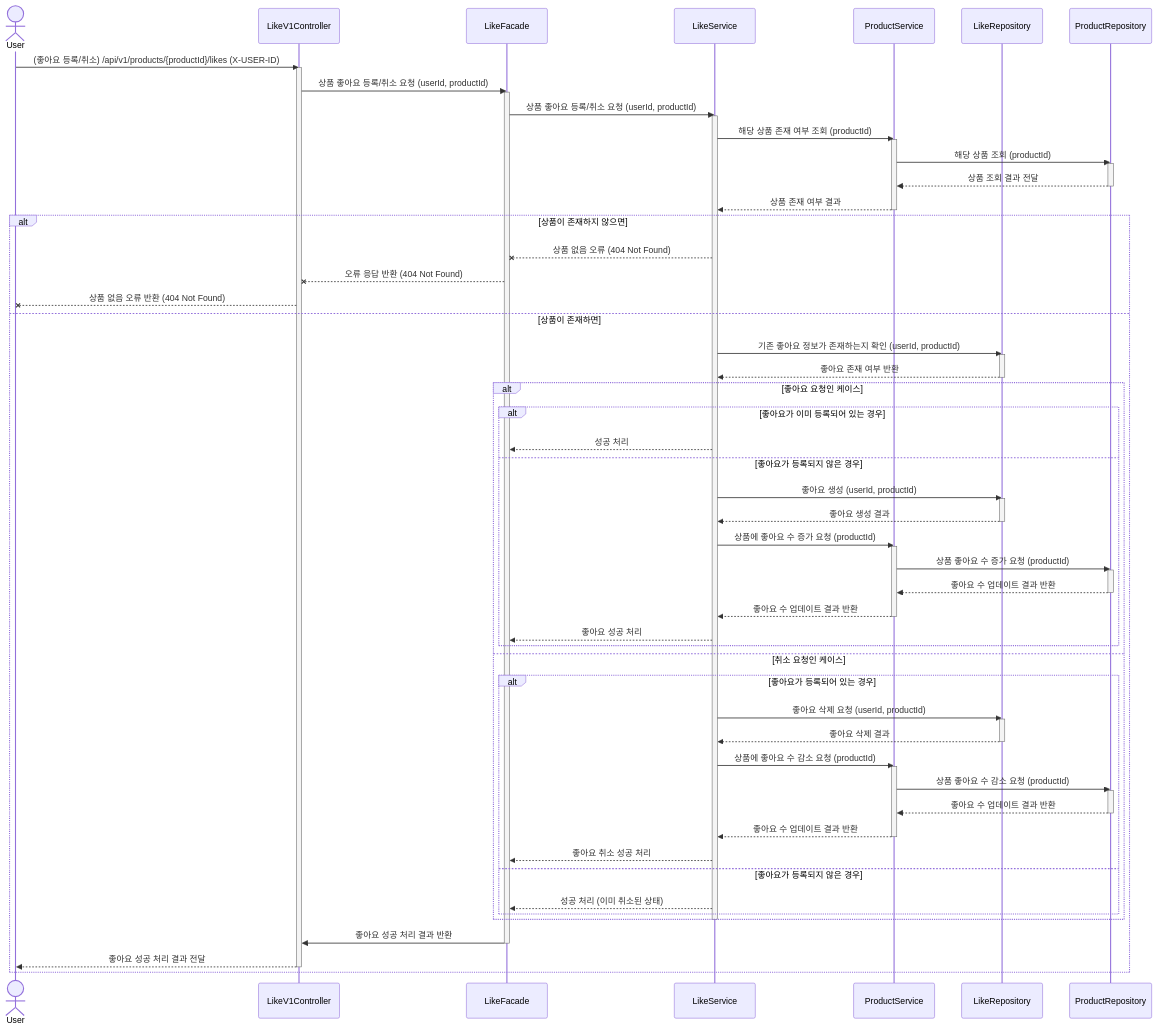
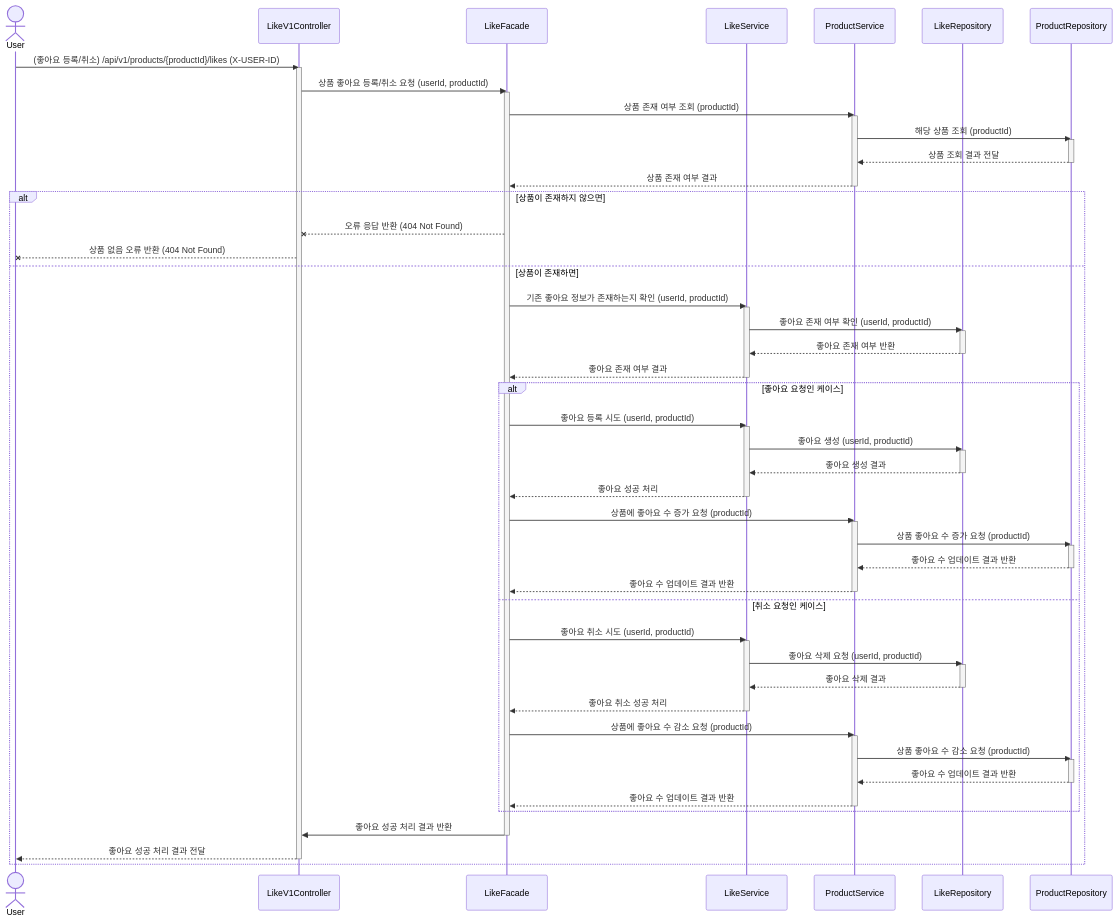
Before and after one commit to maiorem/e-commerce: the first of 3 diagrams in docs/design/02-sequence-diagrams.md, drawn with Mermaid. The commit also changed other lines of this file, not shown here.

````diff
--- a/docs/design/02-sequence-diagrams.md
+++ b/docs/design/02-sequence-diagrams.md
@@ -7,79 +7,76 @@
 ```mermaid
 sequenceDiagram
     actor User
     participant LikeV1Controller
     participant LikeFacade
     participant LikeService
     participant ProductService
     participant LikeRepository
     participant ProductRepository
 
     User->>LikeV1Controller: (좋아요 등록/취소) /api/v1/products/{productId}/likes (X-USER-ID)
     activate LikeV1Controller
     LikeV1Controller->>LikeFacade: 상품 좋아요 등록/취소 요청 (userId, productId)
     activate LikeFacade
-    LikeFacade->>LikeService: 상품 좋아요 등록/취소 요청 (userId, productId)
-    activate LikeService
-
-    LikeService->>ProductService: 해당 상품 존재 여부 조회 (productId)
+    LikeFacade->>ProductService: 상품 존재 여부 조회 (productId)
     activate ProductService
     ProductService->>ProductRepository: 해당 상품 조회 (productId)
     activate ProductRepository
     ProductRepository-->>ProductService: 상품 조회 결과 전달
     deactivate ProductRepository
-    ProductService-->>LikeService: 상품 존재 여부 결과
+    ProductService-->>LikeFacade: 상품 존재 여부 결과
     deactivate ProductService
 
     alt 상품이 존재하지 않으면
-        LikeService--xLikeFacade: 상품 없음 오류 (404 Not Found)
         LikeFacade--xLikeV1Controller: 오류 응답 반환 (404 Not Found)
         LikeV1Controller--xUser: 상품 없음 오류 반환 (404 Not Found)
     else 상품이 존재하면
-        LikeService->>LikeRepository: 기존 좋아요 정보가 존재하는지 확인 (userId, productId)
+        LikeFacade->>LikeService: 기존 좋아요 정보가 존재하는지 확인 (userId, productId)
+        activate LikeService
+        LikeService->>LikeRepository: 좋아요 존재 여부 확인 (userId, productId)
         activate LikeRepository
         LikeRepository-->>LikeService: 좋아요 존재 여부 반환
         deactivate LikeRepository
+        LikeService-->>LikeFacade: 좋아요 존재 여부 결과
+        deactivate LikeService
         alt 좋아요 요청인 케이스
-            alt 좋아요가 이미 등록되어 있는 경우 
-                LikeService-->>LikeFacade: 성공 처리
-            else 좋아요가 등록되지 않은 경우
-                LikeService->>LikeRepository: 좋아요 생성 (userId, productId)
-                activate LikeRepository
-                LikeRepository-->>LikeService: 좋아요 생성 결과
-                deactivate LikeRepository
-                LikeService->>ProductService: 상품에 좋아요 수 증가 요청 (productId)
-                activate ProductService
-                ProductService->>ProductRepository: 상품 좋아요 수 증가 요청 (productId)
-                activate ProductRepository
-                ProductRepository-->>ProductService: 좋아요 수 업데이트 결과 반환
-                deactivate ProductRepository
-                ProductService-->>LikeService: 좋아요 수 업데이트 결과 반환
-                deactivate ProductService
-                LikeService-->>LikeFacade: 좋아요 성공 처리
-            end
+            LikeFacade->>LikeService: 좋아요 등록 시도 (userId, productId)
+            activate LikeService
+            LikeService->>LikeRepository: 좋아요 생성 (userId, productId)
+            activate LikeRepository
+            LikeRepository-->>LikeService: 좋아요 생성 결과
+            deactivate LikeRepository
+            LikeService-->>LikeFacade: 좋아요 성공 처리
+            deactivate LikeService
+            LikeFacade->>ProductService: 상품에 좋아요 수 증가 요청 (productId)
+            activate ProductService
+            ProductService->>ProductRepository: 상품 좋아요 수 증가 요청 (productId)
+            activate ProductRepository
+            ProductRepository-->>ProductService: 좋아요 수 업데이트 결과 반환
+            deactivate ProductRepository
+            ProductService-->>LikeFacade: 좋아요 수 업데이트 결과 반환
+            deactivate ProductService
         else 취소 요청인 케이스
-            alt 좋아요가 등록되어 있는 경우
-                LikeService->>LikeRepository: 좋아요 삭제 요청 (userId, productId)
-                activate LikeRepository
-                LikeRepository-->>LikeService: 좋아요 삭제 결과
-                deactivate LikeRepository
-                LikeService->>ProductService: 상품에 좋아요 수 감소 요청 (productId)
-                activate ProductService
-                ProductService->>ProductRepository: 상품 좋아요 수 감소 요청 (productId)
-                activate ProductRepository
-                ProductRepository-->>ProductService: 좋아요 수 업데이트 결과 반환
-                deactivate ProductRepository
-                ProductService-->>LikeService: 좋아요 수 업데이트 결과 반환
-                deactivate ProductService
-                LikeService-->>LikeFacade: 좋아요 취소 성공 처리
-            else 좋아요가 등록되지 않은 경우
-                LikeService-->>LikeFacade: 성공 처리 (이미 취소된 상태)
-            end
+            LikeFacade->>LikeService: 좋아요 취소 시도 (userId, productId)
+            activate LikeService
+            LikeService->>LikeRepository: 좋아요 삭제 요청 (userId, productId)
+            activate LikeRepository
+            LikeRepository-->>LikeService: 좋아요 삭제 결과
+            deactivate LikeRepository
+            LikeService-->>LikeFacade: 좋아요 취소 성공 처리
+            deactivate LikeService
+            LikeFacade->>ProductService: 상품에 좋아요 수 감소 요청 (productId)
+            activate ProductService
+            ProductService->>ProductRepository: 상품 좋아요 수 감소 요청 (productId)
+            activate ProductRepository
+            ProductRepository-->>ProductService: 좋아요 수 업데이트 결과 반환
+            deactivate ProductRepository
+            ProductService-->>LikeFacade: 좋아요 수 업데이트 결과 반환
+            deactivate ProductService
         end
-        deactivate LikeService
         LikeFacade->>LikeV1Controller: 좋아요 성공 처리 결과 반환
         deactivate LikeFacade
         LikeV1Controller-->>User: 좋아요 성공 처리 결과 전달
         deactivate LikeV1Controller
     end
 ```
````
